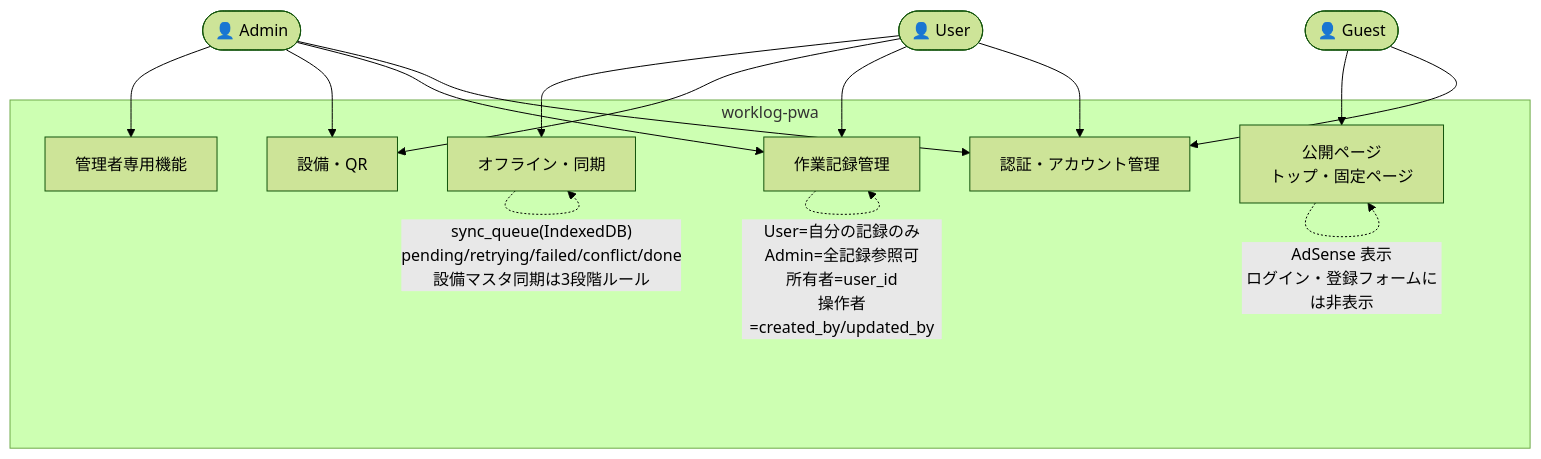
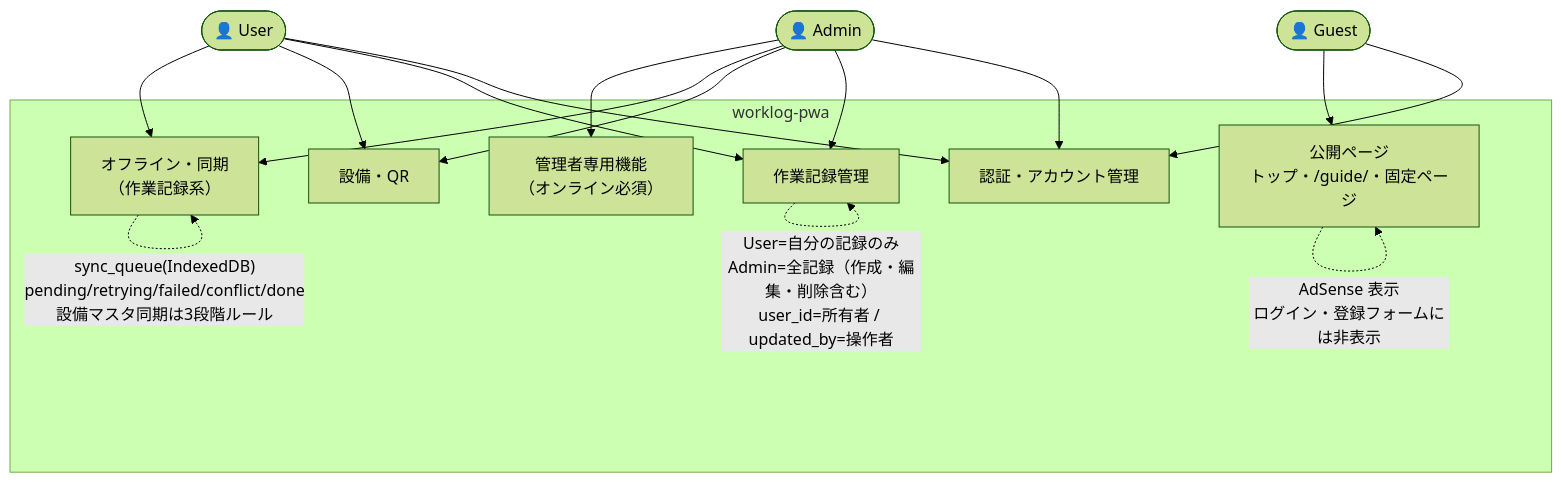
One commit to garyohosu/worklog-pwa changed the sixth of 7 diagrams in USECASE.md. Above: the diagram before and after it, drawn with Mermaid (forest theme). The commit also changed other lines of this file and 2 other files, not shown here.

````diff
--- a/USECASE.md
+++ b/USECASE.md
@@ -192,30 +201,31 @@
 ```mermaid
 graph TB
   Guest(["👤 Guest"])
   User(["👤 User"])
   Admin(["👤 Admin"])
 
   subgraph SYS["worklog-pwa"]
     A1["認証・アカウント管理"]
     A2["作業記録管理"]
     A3["設備・QR"]
-    A4["オフライン・同期"]
-    A5["管理者専用機能"]
-    A6["公開ページ\nトップ・固定ページ"]
+    A4["オフライン・同期\n（作業記録系）"]
+    A5["管理者専用機能\n（オンライン必須）"]
+    A6["公開ページ\nトップ・/guide/・固定ページ"]
   end
 
   Guest --> A1
   Guest --> A6
   User --> A1
   User --> A2
   User --> A3
   User --> A4
   Admin --> A1
   Admin --> A2
   Admin --> A3
+  Admin --> A4
   Admin --> A5
 
-  A2 -. "User=自分の記録のみ\nAdmin=全記録参照可\n所有者=user_id\n操作者=created_by/updated_by" .-> A2
+  A2 -. "User=自分の記録のみ\nAdmin=全記録（作成・編集・削除含む）\nuser_id=所有者 / updated_by=操作者" .-> A2
   A4 -. "sync_queue(IndexedDB)\npending/retrying/failed/conflict/done\n設備マスタ同期は3段階ルール" .-> A4
   A6 -. "AdSense 表示\nログイン・登録フォームには非表示" .-> A6
 ```
````
